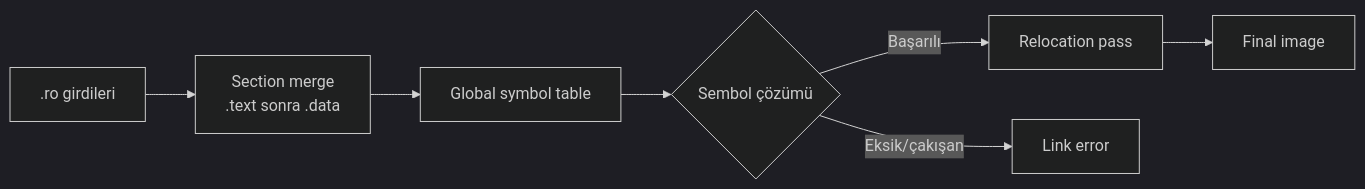
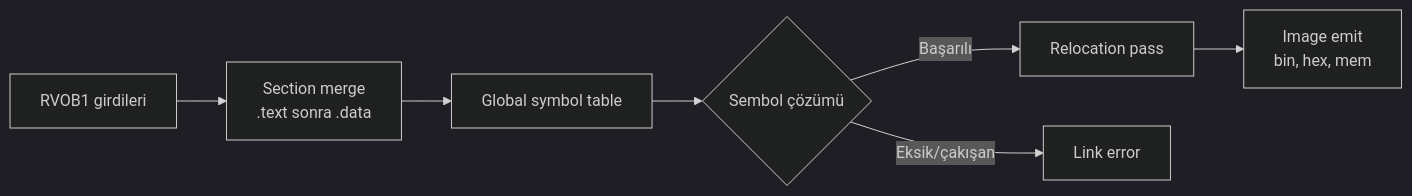
The fifth of 7 diagrams in docs/proje-raporu.md (kaankarakoc42/riscv-assembler-go), drawn with Mermaid (dark theme) before and after one commit. The commit also changed other lines of this file and 14 other files, not shown here.

````diff
--- a/docs/proje-raporu.md
+++ b/docs/proje-raporu.md
@@ -153,9 +135,9 @@
 ```mermaid
 flowchart LR
-    A[".ro girdileri"] --> B["Section merge<br/>.text sonra .data"]
+    A["RVOB1 girdileri"] --> B["Section merge<br/>.text sonra .data"]
     B --> C["Global symbol table"]
     C --> D{"Sembol çözümü"}
     D -->|Başarılı| E["Relocation pass"]
     D -->|Eksik/çakışan| X["Link error"]
-    E --> F["Final image"]
+    E --> F["Image emit<br/>bin, hex, mem"]
 ```
````
